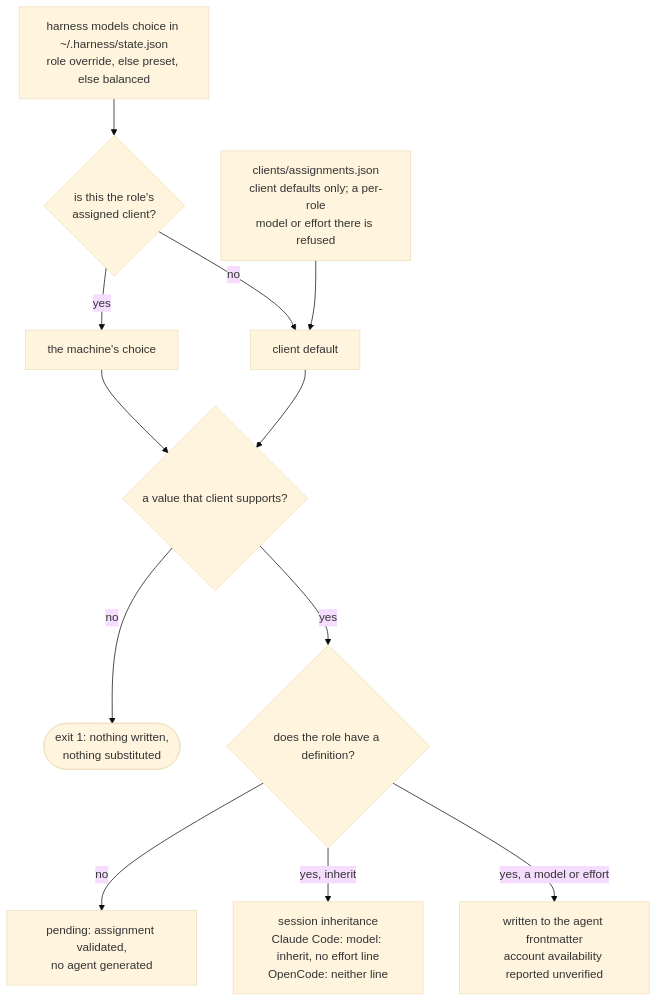
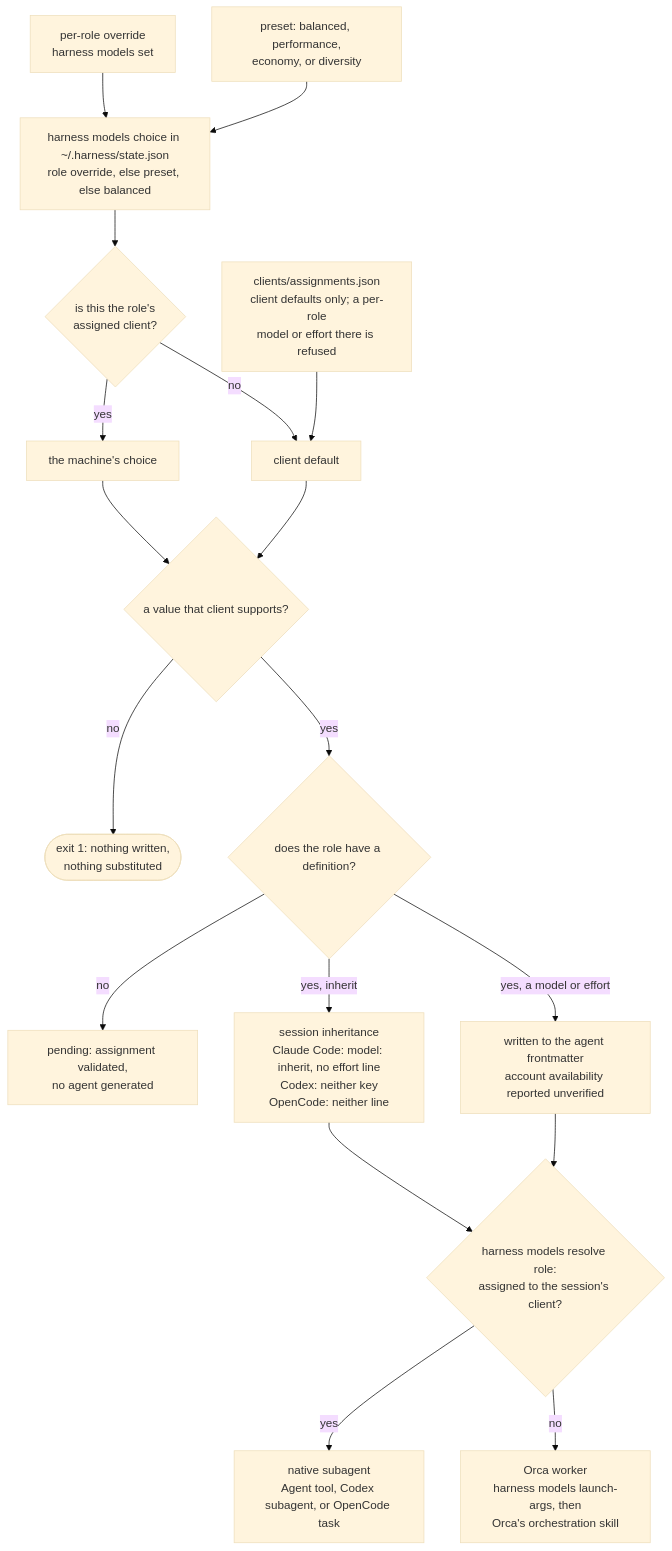
One commit to jvillegasd/harness changed the second of 3 diagrams in README.md. Above: the diagram before and after it, drawn with Mermaid (base theme). The commit also changed other lines of this file and 2 other files, not shown here.

First line of the commit message:
docs: refresh diagrams and add workflow and subagent guides (#145)

````diff
--- a/README.md
+++ b/README.md
@@ -108,14 +122,20 @@
 ```mermaid
 flowchart TD
+    override_in["per-role override<br>harness models set"] --> choice
+    preset_in["preset: balanced, performance,<br>economy, or diversity"] --> choice
     choice["harness models choice in ~/.harness/state.json<br>role override, else preset, else balanced"] --> role{"is this the role's<br>assigned client?"}
     config["clients/assignments.json<br>client defaults only; a per-role<br>model or effort there is refused"] --> default
     role -->|yes| override["the machine's choice"]
     role -->|no| default["client default"]
     override --> supported{"a value that client supports?"}
     default --> supported
     supported -->|no| refused(["exit 1: nothing written,<br>nothing substituted"])
     supported -->|yes| defined{"does the role have a definition?"}
     defined -->|no| pending["pending: assignment validated,<br>no agent generated"]
-    defined -->|yes, inherit| session["session inheritance<br>Claude Code: model: inherit, no effort line<br>OpenCode: neither line"]
+    defined -->|yes, inherit| session["session inheritance<br>Claude Code: model: inherit, no effort line<br>Codex: neither key<br>OpenCode: neither line"]
     defined -->|yes, a model or effort| written["written to the agent frontmatter<br>account availability reported unverified"]
+    session --> launch{"harness models resolve role:<br>assigned to the session's client?"}
+    written --> launch
+    launch -->|yes| native["native subagent<br>Agent tool, Codex subagent, or OpenCode task"]
+    launch -->|no| orca["Orca worker<br>harness models launch-args, then<br>Orca's orchestration skill"]
 ```
````
